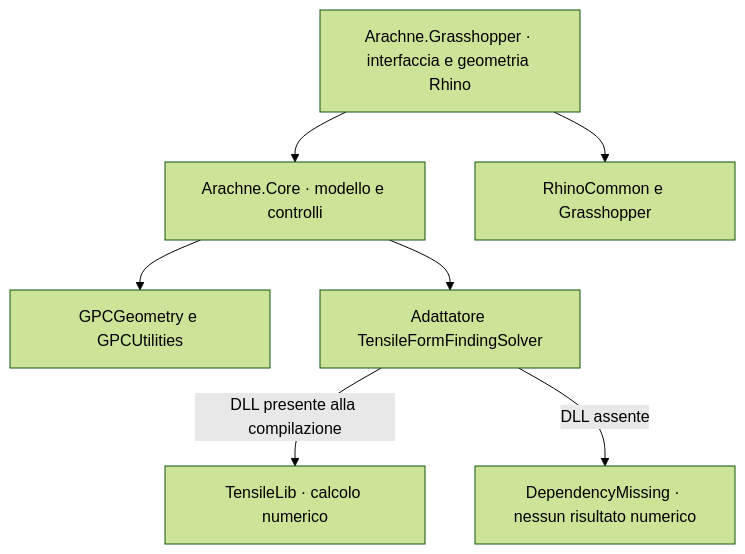
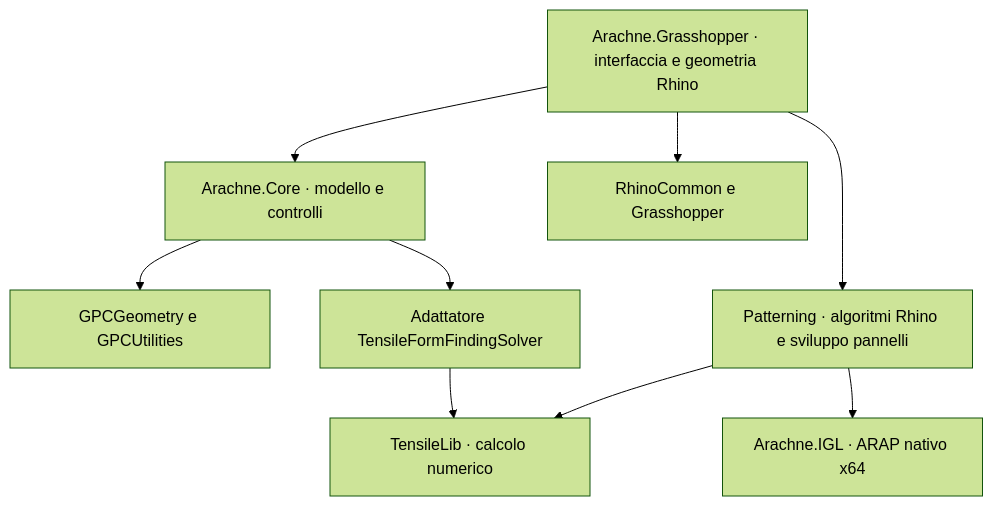
The diagram in docs/ARCHITECTURE.md (ITEC-GPA/Arachne), drawn with Mermaid (forest theme) before and after one commit. The commit also changed other lines of this file and 11 other files, not shown here.

````diff
--- a/docs/ARCHITECTURE.md
+++ b/docs/ARCHITECTURE.md
@@ -5,9 +5,11 @@
 ```mermaid
 flowchart TD
   GH[Arachne.Grasshopper · interfaccia e geometria Rhino] --> CORE[Arachne.Core · modello e controlli]
   GH --> RHINO[RhinoCommon e Grasshopper]
   CORE --> GPC[GPCGeometry e GPCUtilities]
   CORE --> A[Adattatore TensileFormFindingSolver]
-  A -->|DLL presente alla compilazione| TL[TensileLib · calcolo numerico]
-  A -->|DLL assente| M[DependencyMissing · nessun risultato numerico]
+  A --> TL[TensileLib · calcolo numerico]
+  GH --> P[Patterning · algoritmi Rhino e sviluppo pannelli]
+  P --> TL
+  P --> IGL[Arachne.IGL · ARAP nativo x64]
 ```
````
